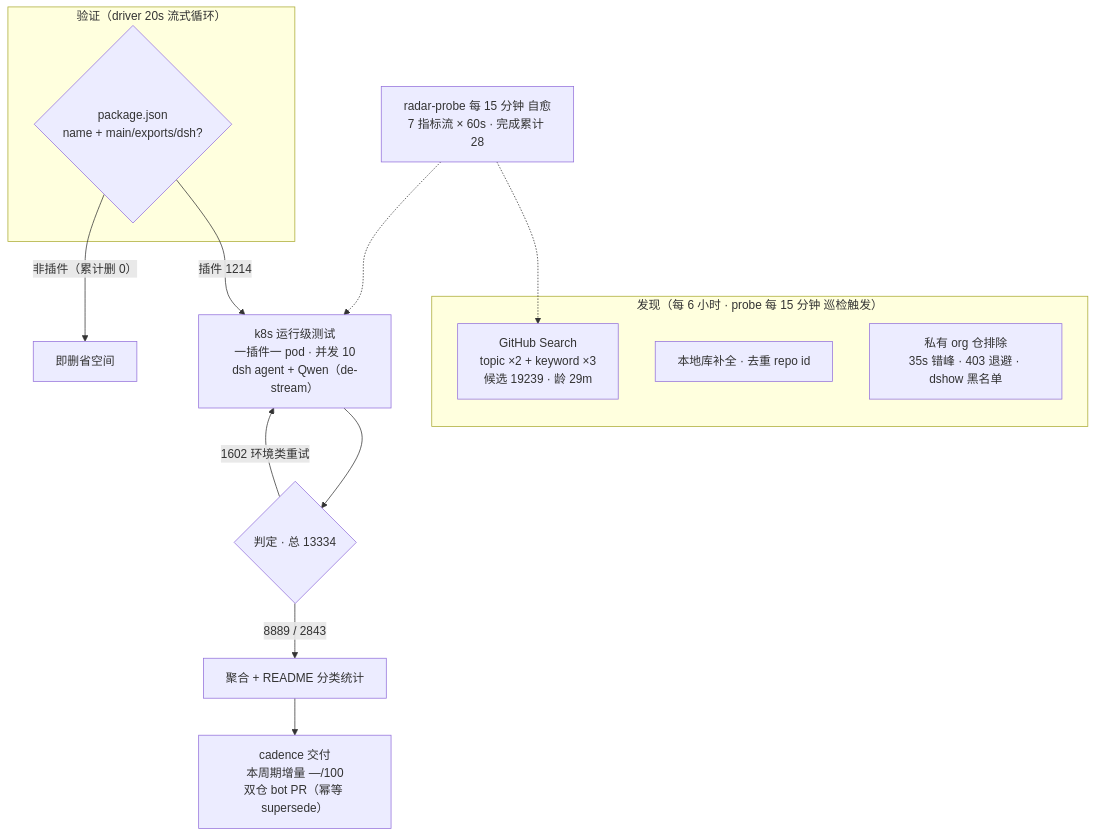
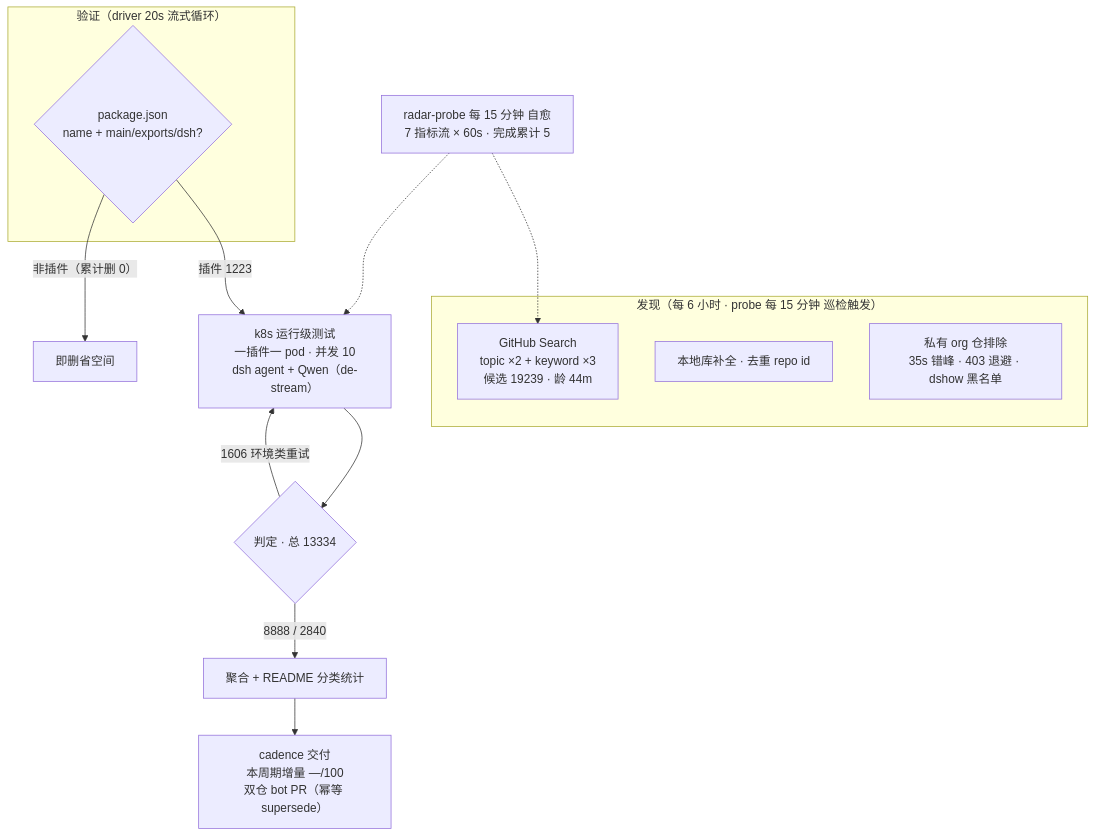
Before and after one commit to Zhidao-Lab-OSS/awesome-dsh-plugins: the diagram in README.md, drawn with Mermaid. The commit also changed other lines of this file and 1 other file, not shown here.

````diff
--- a/README.md
+++ b/README.md
@@ -54,20 +55,20 @@
 ```mermaid
 flowchart TB
     subgraph Discovery["发现（每 6 小时 · probe 每 15 分钟 巡检触发）"]
-        A1["GitHub Search<br/>topic ×2 + keyword ×3<br/>候选 19239 · 龄 29m"]
+        A1["GitHub Search<br/>topic ×2 + keyword ×3<br/>候选 19239 · 龄 44m"]
         A2["本地库补全 · 去重 repo id"]
         A3["私有 org 仓排除<br/>35s 错峰 · 403 退避 · dshow 黑名单"]
     end
     subgraph Validation["验证（driver 20s 流式循环）"]
         B1{"package.json<br/>name + main/exports/dsh?"}
     end
-    B1 -->|"插件 1214"| C1["k8s 运行级测试<br/>一插件一 pod · 并发 10<br/>dsh agent + Qwen（de-stream）"]
+    B1 -->|"插件 1223"| C1["k8s 运行级测试<br/>一插件一 pod · 并发 10<br/>dsh agent + Qwen（de-stream）"]
     B1 -->|"非插件（累计删 0）"| B3["即删省空间"]
     C1 --> D1{"判定 · 总 13334"}
-    D1 -->|"8889 / 2843"| E1["聚合 + README 分类统计"]
-    D1 -->|"1602 环境类重试"| C1
+    D1 -->|"8888 / 2840"| E1["聚合 + README 分类统计"]
+    D1 -->|"1606 环境类重试"| C1
     E1 --> E2["cadence 交付<br/>本周期增量 —/100<br/>双仓 bot PR（幂等 supersede）"]
-    M["radar-probe 每 15 分钟 自愈<br/>7 指标流 × 60s · 完成累计 28"]
+    M["radar-probe 每 15 分钟 自愈<br/>7 指标流 × 60s · 完成累计 5"]
     M -.-> A1
     M -.-> C1
 ```
````
